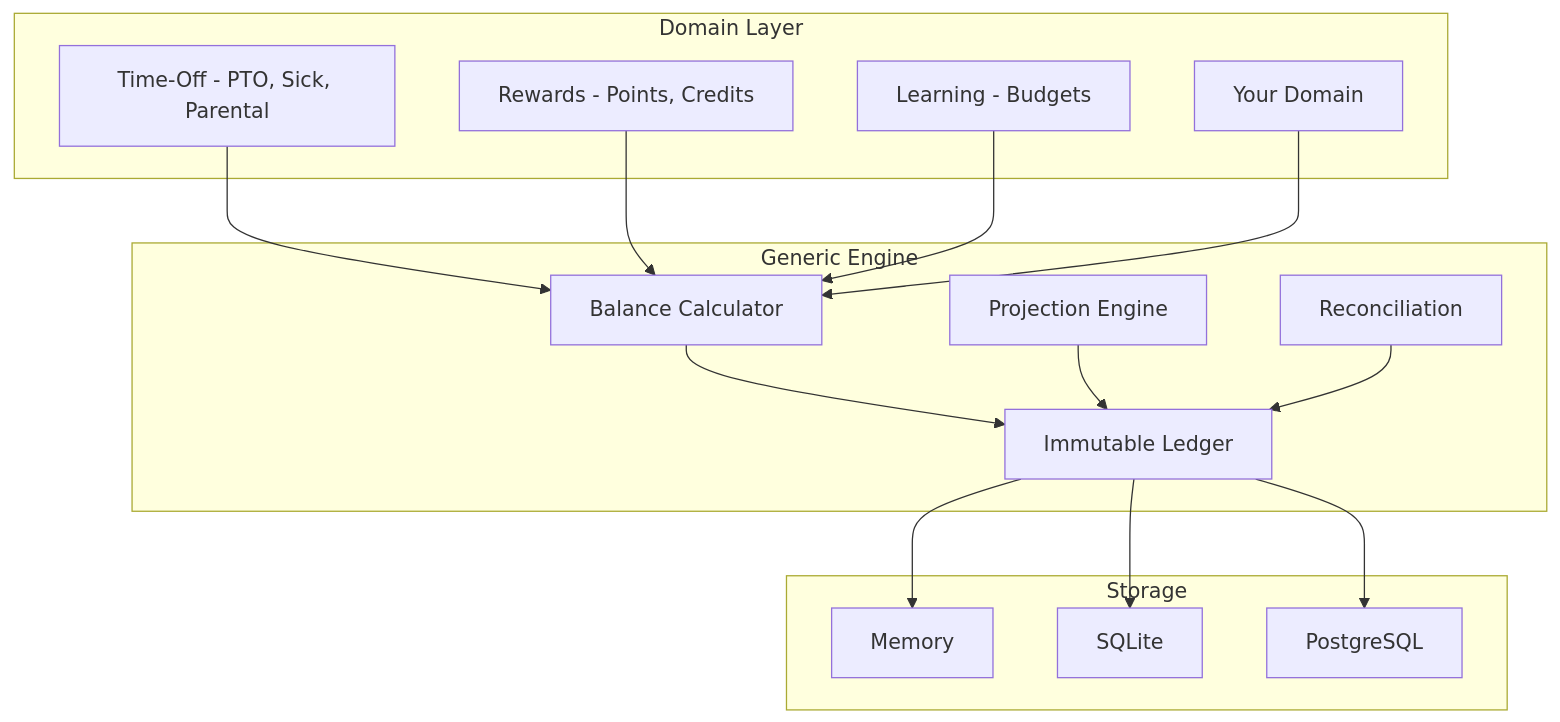
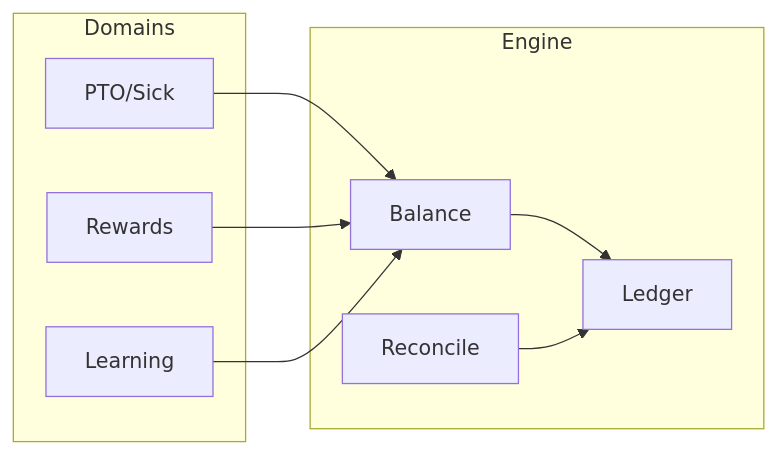
The first of 2 diagrams in README.md (AntoineToussaint/timeoff), drawn with Mermaid before and after one commit. The commit also changed other lines of this file, not shown here.

Commit message:
Simplify README - concise with working diagrams

````diff
--- a/README.md
+++ b/README.md
@@ -57,36 +29,20 @@
 ```mermaid
-graph TB
-    subgraph "Domain Layer"
-        TO[Time-Off - PTO, Sick, Parental]
-        RW[Rewards - Points, Credits]
-        LB[Learning - Budgets]
-        CUSTOM[Your Domain]
+graph LR
+    subgraph Domains
+        PTO[PTO/Sick]
+        RW[Rewards]
+        LB[Learning]
     end
     
-    subgraph "Generic Engine"
-        BAL[Balance Calculator]
-        PRJ[Projection Engine]
-        REC[Reconciliation]
-        LED[Immutable Ledger]
+    subgraph Engine
+        BAL[Balance]
+        LED[Ledger]
+        REC[Reconcile]
     end
     
-    subgraph "Storage"
-        MEM[Memory]
-        SQL[SQLite]
-        PG[PostgreSQL]
-    end
-    
-    TO --> BAL
+    PTO --> BAL
     RW --> BAL
     LB --> BAL
-    CUSTOM --> BAL
-    
     BAL --> LED
-    PRJ --> LED
     REC --> LED
-    
-    LED --> MEM
-    LED --> SQL
-    LED --> PG
-    
 ```
````
